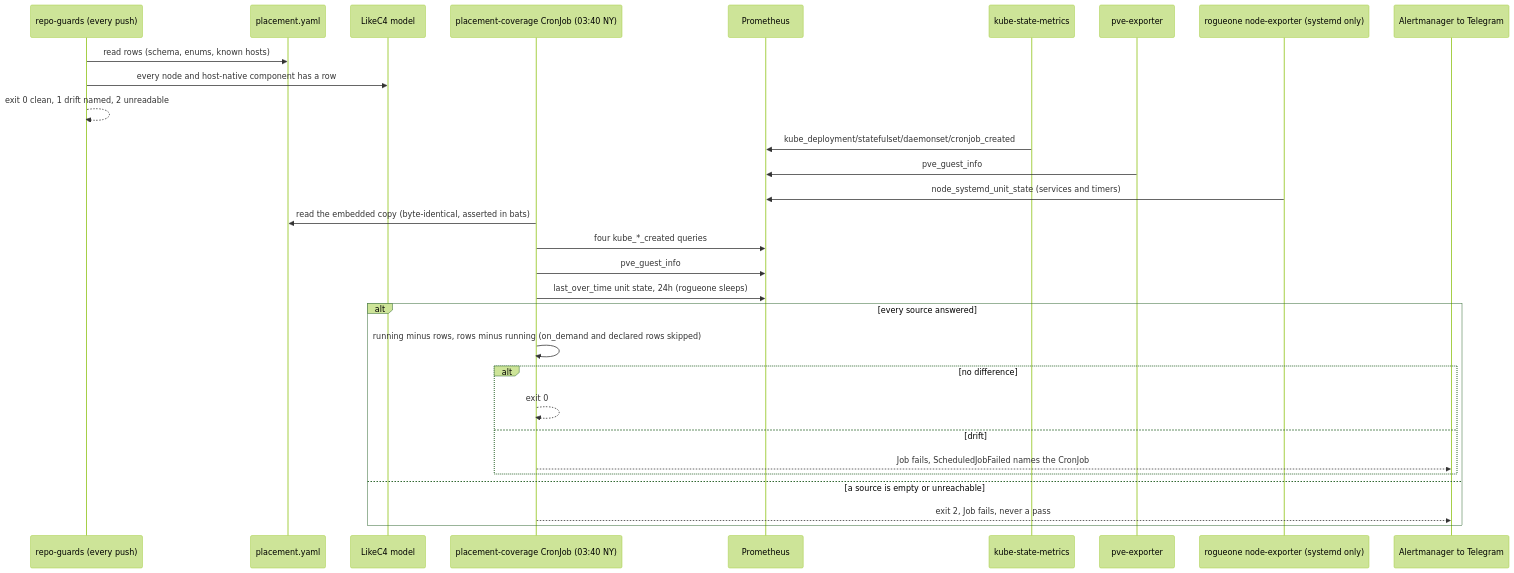
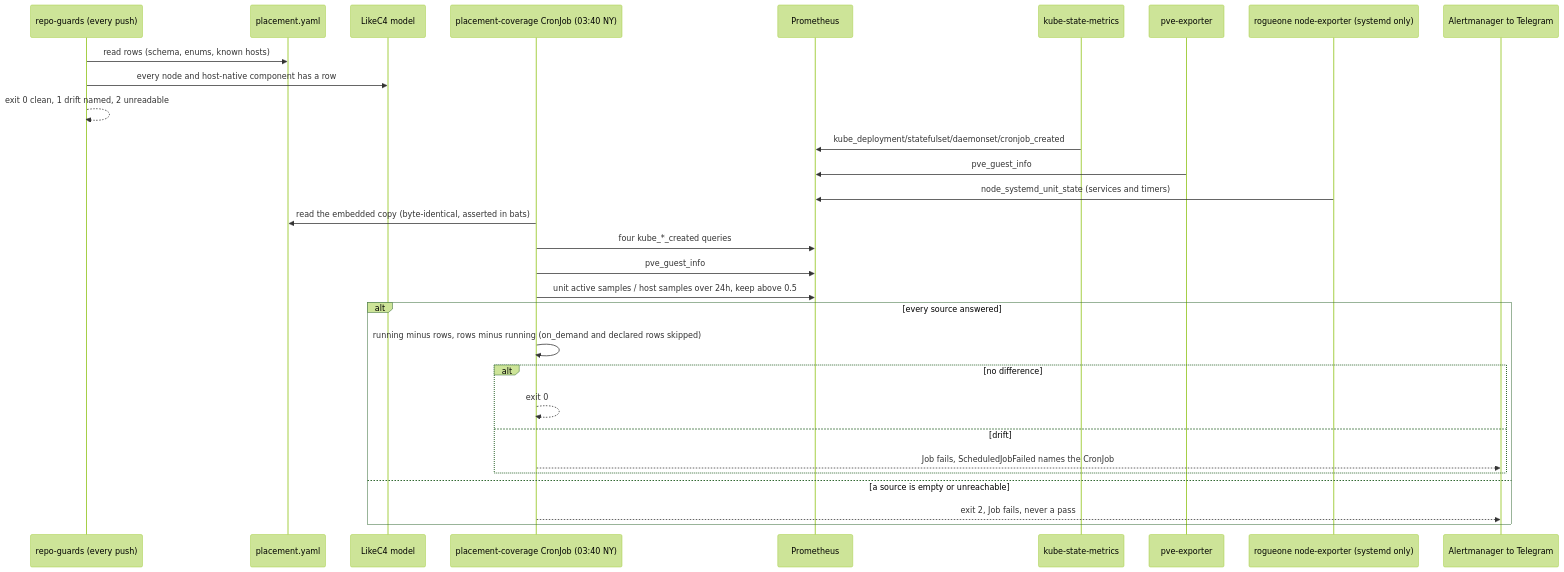
The diagram in docs/diagrams/flow-placement.md (edtbl76/weyland-lab), drawn with Mermaid (forest theme) before and after one commit. The commit also changed 5 other files, not shown here.

````diff
--- a/docs/diagrams/flow-placement.md
+++ b/docs/diagrams/flow-placement.md
@@ -10,32 +10,32 @@
 ```mermaid
 sequenceDiagram
     participant G as repo-guards (every push)
     participant F as placement.yaml
     participant L as LikeC4 model
     participant C as placement-coverage CronJob (03:40 NY)
     participant P as Prometheus
     participant K as kube-state-metrics
     participant V as pve-exporter
     participant R as rogueone node-exporter (systemd only)
     participant AM as Alertmanager to Telegram
     G->>F: read rows (schema, enums, known hosts)
     G->>L: every node and host-native component has a row
     G-->>G: exit 0 clean, 1 drift named, 2 unreadable
     K->>P: kube_deployment/statefulset/daemonset/cronjob_created
     V->>P: pve_guest_info
     R->>P: node_systemd_unit_state (services and timers)
     C->>F: read the embedded copy (byte-identical, asserted in bats)
     C->>P: four kube_*_created queries
     C->>P: pve_guest_info
-    C->>P: last_over_time unit state, 24h (rogueone sleeps)
+    C->>P: unit active samples / host samples over 24h, keep above 0.5
     alt every source answered
         C->>C: running minus rows, rows minus running (on_demand and declared rows skipped)
         alt no difference
             C-->>C: exit 0
         else drift
             C-->>AM: Job fails, ScheduledJobFailed names the CronJob
         end
     else a source is empty or unreachable
         C-->>AM: exit 2, Job fails, never a pass
     end
 ```
````
